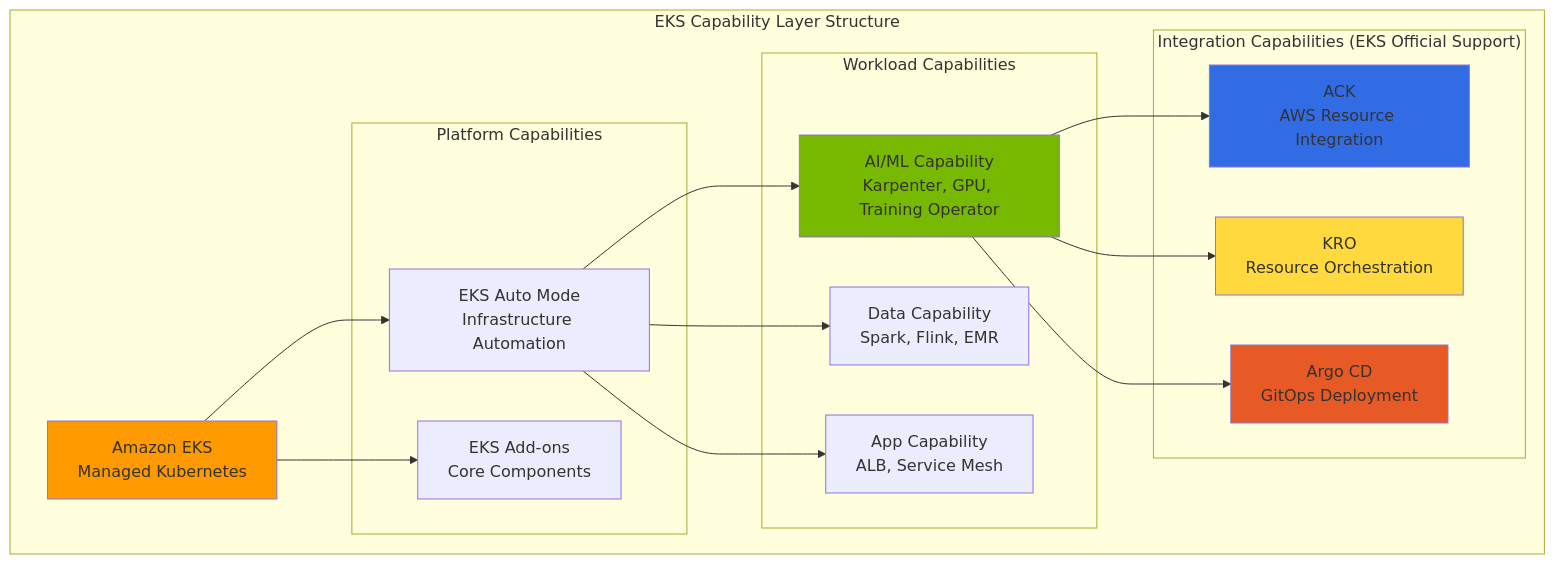
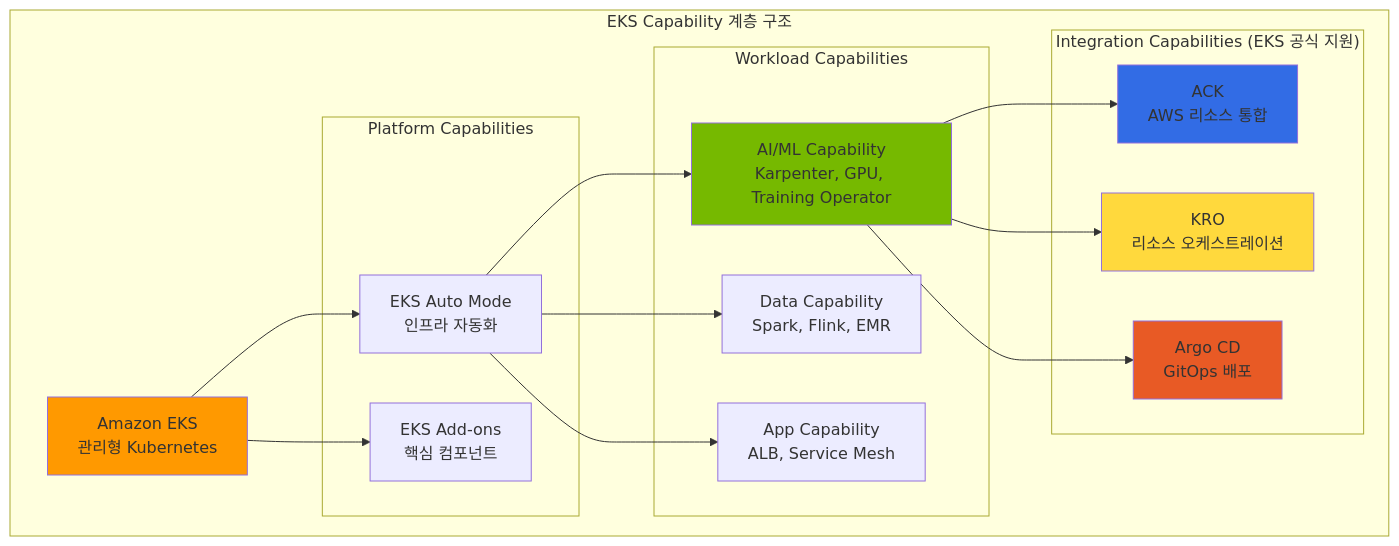
Before and after one commit to devfloor9/engineering-playbook: the sixth of 11 diagrams in i18n/en/docusaurus-plugin-content-docs/current/agentic-ai-platform/design-architecture/agentic-ai-solutions-eks.md, drawn with Mermaid. The commit also changed other lines of this file and 6 other files, not shown here.

````diff
--- a/i18n/en/docusaurus-plugin-content-docs/current/agentic-ai-platform/design-architecture/agentic-ai-solutions-eks.md
+++ b/i18n/en/docusaurus-plugin-content-docs/current/agentic-ai-platform/design-architecture/agentic-ai-solutions-eks.md
@@ -464,33 +406,33 @@
 ```mermaid
 graph TB
-    subgraph "EKS Capability Layer Structure"
-        EKS["Amazon EKS<br/>Managed Kubernetes"]
+    subgraph "EKS Capability 계층 구조"
+        EKS["Amazon EKS<br/>관리형 Kubernetes"]
 
         subgraph "Platform Capabilities"
-            AUTO["EKS Auto Mode<br/>Infrastructure Automation"]
-            ADDON["EKS Add-ons<br/>Core Components"]
+            AUTO["EKS Auto Mode<br/>인프라 자동화"]
+            ADDON["EKS Add-ons<br/>핵심 컴포넌트"]
         end
 
         subgraph "Workload Capabilities"
             AI["AI/ML Capability<br/>Karpenter, GPU, Training Operator"]
             DATA["Data Capability<br/>Spark, Flink, EMR"]
             APP["App Capability<br/>ALB, Service Mesh"]
         end
 
-        subgraph "Integration Capabilities (EKS Official Support)"
-            ACK_C["ACK<br/>AWS Resource Integration"]
-            KRO_C["KRO<br/>Resource Orchestration"]
-            ARGOCD_C["Argo CD<br/>GitOps Deployment"]
+        subgraph "Integration Capabilities (EKS 공식 지원)"
+            ACK_C["ACK<br/>AWS 리소스 통합"]
+            KRO_C["KRO<br/>리소스 오케스트레이션"]
+            ARGOCD_C["Argo CD<br/>GitOps 배포"]
         end
     end
 
     EKS --> AUTO & ADDON
     AUTO --> AI & DATA & APP
     AI --> ACK_C & KRO_C & ARGOCD_C
 
     style EKS fill:#ff9900
     style AI fill:#76b900
     style ACK_C fill:#326ce5
     style KRO_C fill:#ffd93d
     style ARGOCD_C fill:#e85a25
 ```
````
